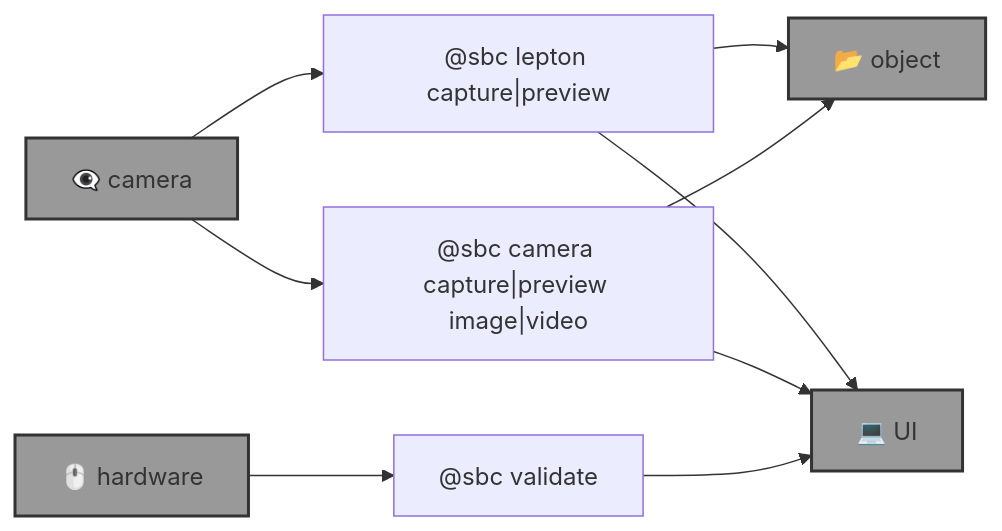
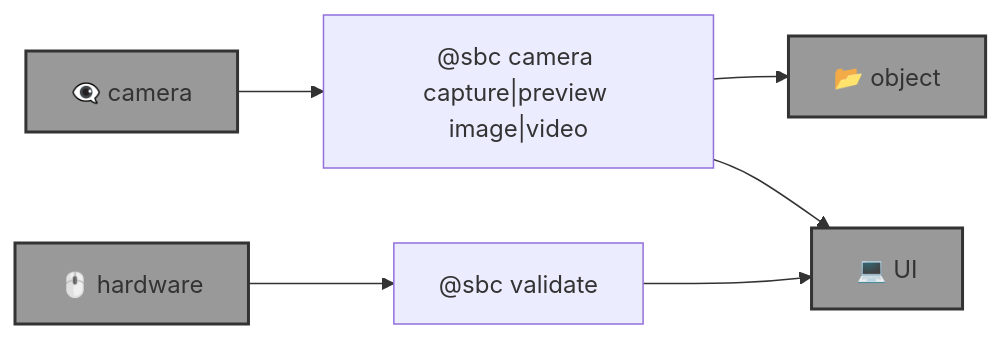
Before and after one commit to kamangir/eye: the diagram in template.md, drawn with Mermaid. The commit also changed 2 other files, not shown here.

Commit message:
++ - kamangir/bolt#746

````diff
--- a/template.md
+++ b/template.md
@@ -11,27 +11,20 @@
 ```mermaid
 graph LR
-
-    lepton["@sbc lepton capture|preview"]
-
     camera["@sbc camera capture|preview image|video"]
 
     hardware_validate["@sbc <hardware> validate <options>"]
 
     object["📂 object"]:::folder
     camera_hardware["👁️‍🗨️ camera"]:::folder
     hardware["🖱️ hardware"]:::folder
     UI["💻 UI"]:::folder
-
-    camera_hardware --> lepton
-    lepton --> object
-    lepton --> UI
 
     camera_hardware --> camera
     camera --> object
     camera --> UI
 
     hardware --> hardware_validate
     hardware_validate --> UI
 
     classDef folder fill:#999,stroke:#333,stroke-width:2px;
 ```
````
